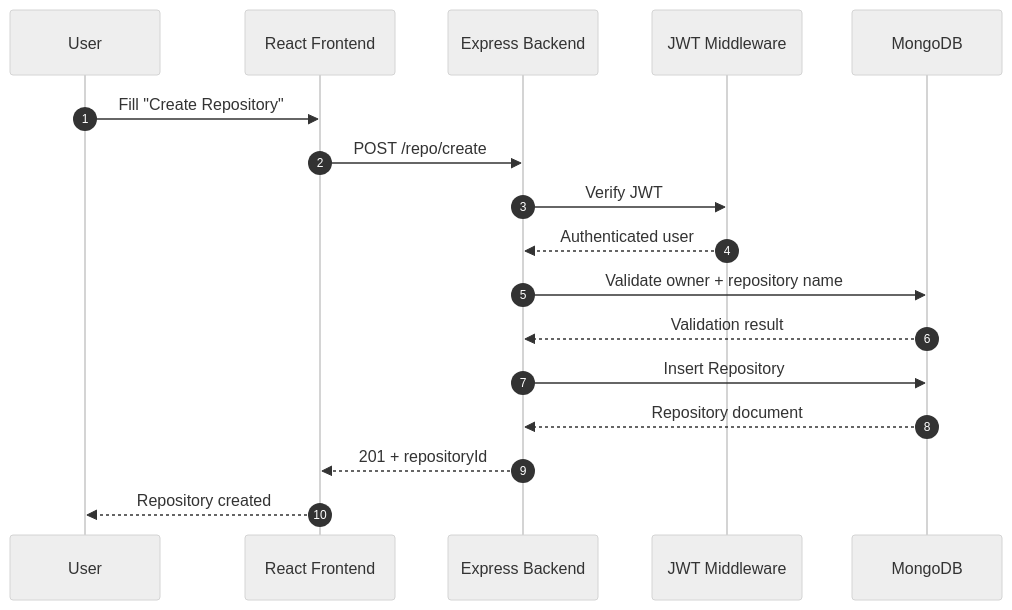
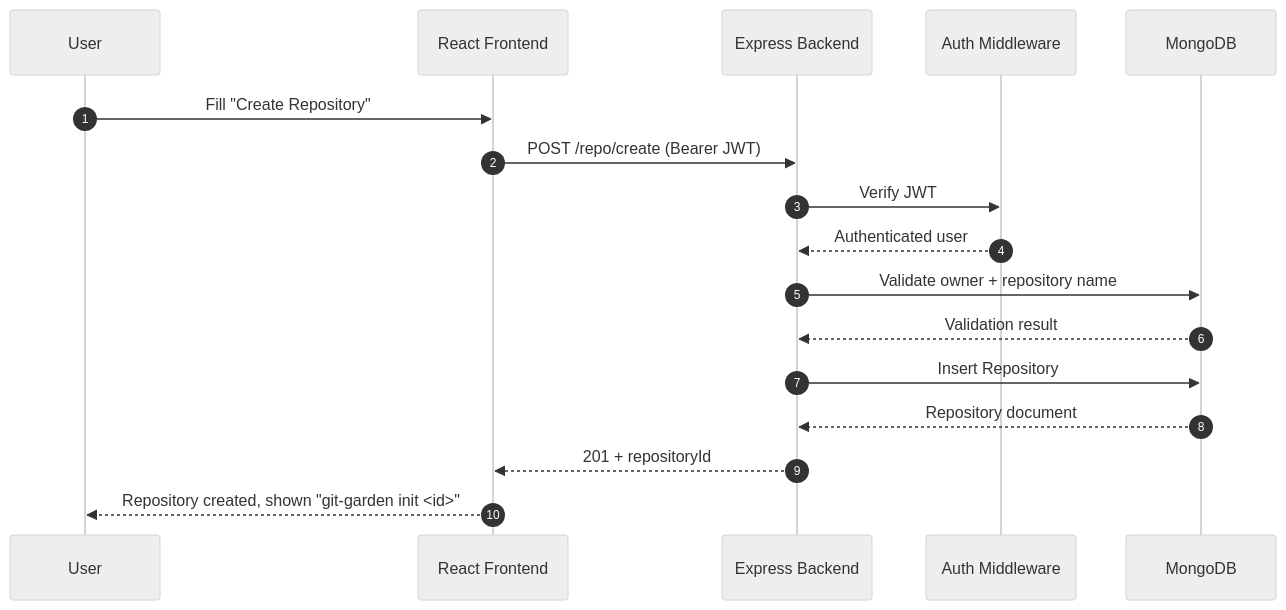
One commit to prash08484/GitGarden changed the second of 9 diagrams in README.md. Above: the diagram before and after it, drawn with Mermaid (neutral theme). The commit also changed other lines of this file, not shown here.

````diff
--- a/README.md
+++ b/README.md
@@ -146,20 +147,20 @@
 ```mermaid
 sequenceDiagram
     autonumber
     participant U as User
     participant FE as React Frontend
     participant API as Express Backend
-    participant AUTH as JWT Middleware
+    participant AUTH as Auth Middleware
     participant DB as MongoDB
 
     U->>FE: Fill "Create Repository"
-    FE->>API: POST /repo/create
+    FE->>API: POST /repo/create (Bearer JWT)
     API->>AUTH: Verify JWT
     AUTH-->>API: Authenticated user
     API->>DB: Validate owner + repository name
     DB-->>API: Validation result
     API->>DB: Insert Repository
     DB-->>API: Repository document
     API-->>FE: 201 + repositoryId
-    FE-->>U: Repository created
+    FE-->>U: Repository created, shown "git-garden init <id>"
 ```
````
